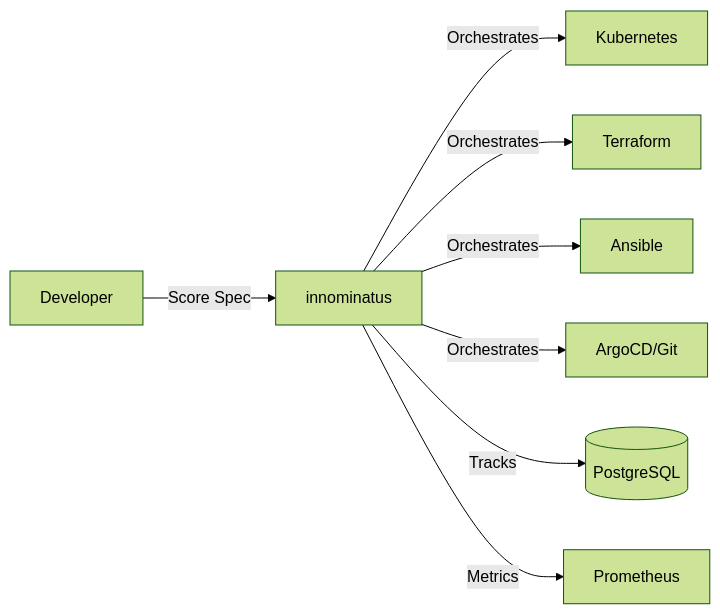
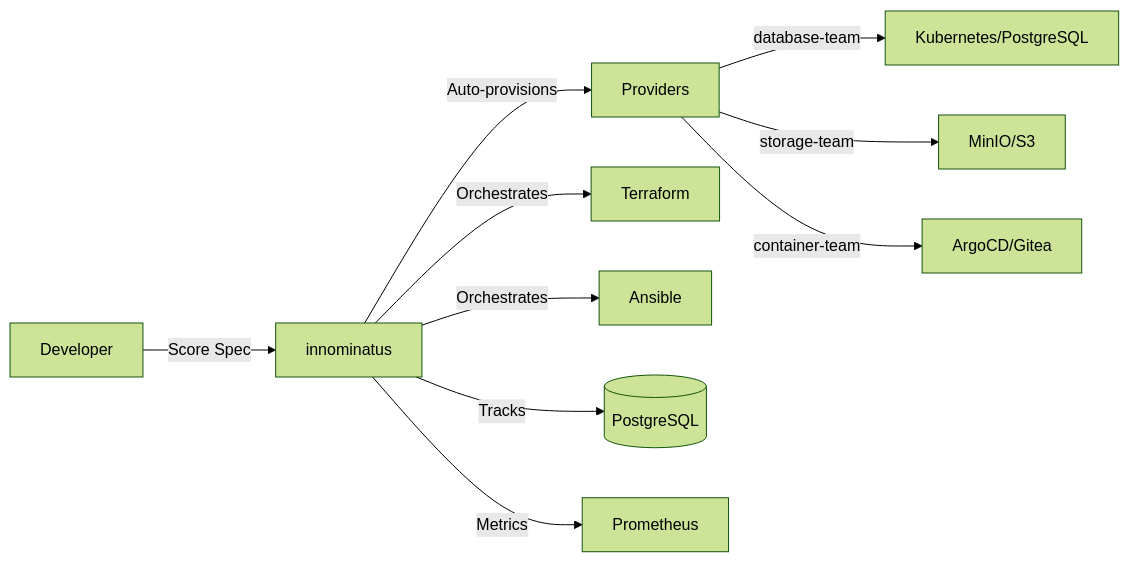
One commit to philipsahli/innominatus changed the diagram in README.md. Above: the diagram before and after it, drawn with Mermaid (forest theme). The commit also changed other lines of this file and 245 other files, not shown here.

````diff
--- a/README.md
+++ b/README.md
@@ -69,10 +69,12 @@
 ```mermaid
 graph LR
     A[Developer] -->|Score Spec| B[innominatus]
-    B -->|Orchestrates| C[Kubernetes]
+    B -->|Auto-provisions| I[Providers]
+    I -->|database-team| C[Kubernetes/PostgreSQL]
+    I -->|storage-team| J[MinIO/S3]
+    I -->|container-team| K[ArgoCD/Gitea]
     B -->|Orchestrates| D[Terraform]
     B -->|Orchestrates| E[Ansible]
-    B -->|Orchestrates| F[ArgoCD/Git]
     B -->|Tracks| G[(PostgreSQL)]
     B -->|Metrics| H[Prometheus]
 ```
````
